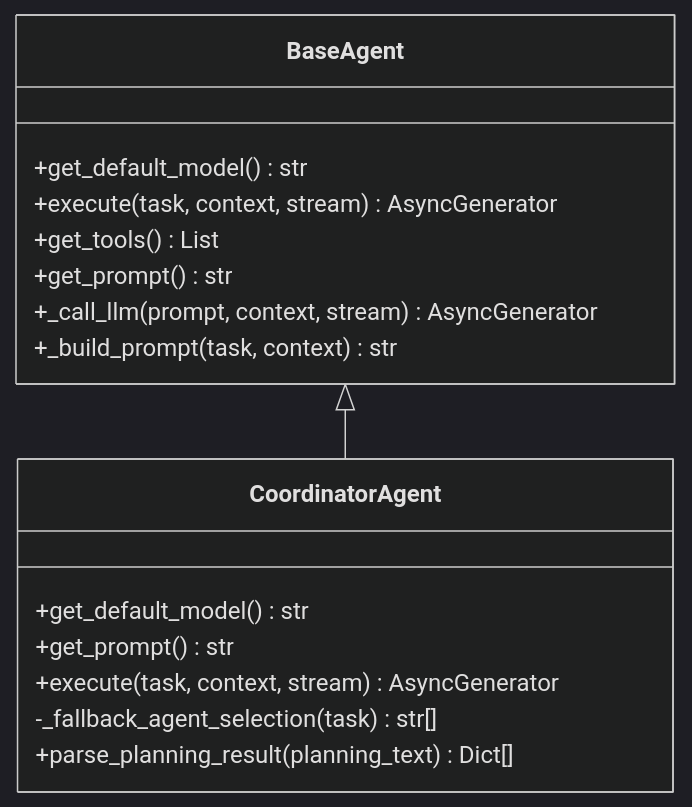
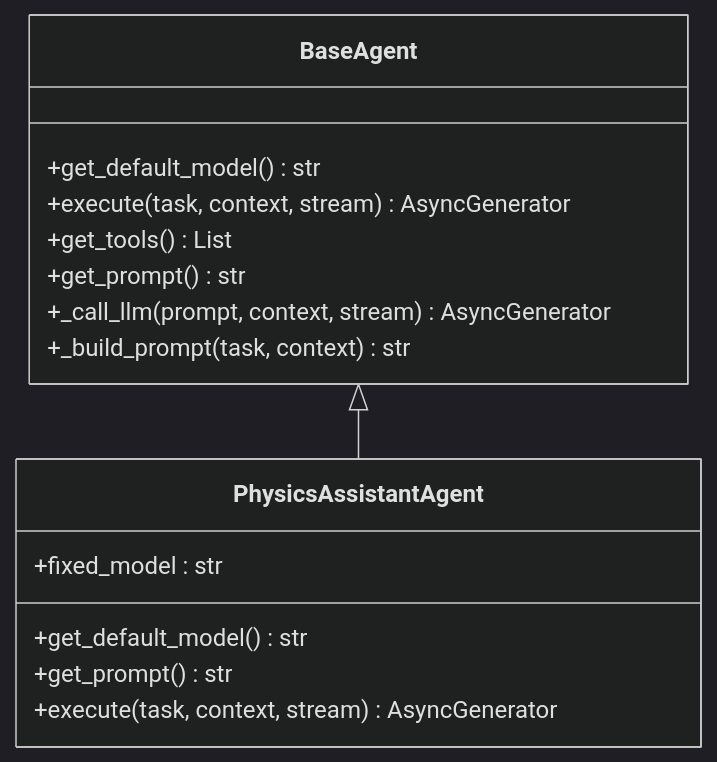
One commit to iammm0/advanced-rag changed the fourth of 7 diagrams in .qoder/repowiki/zh/content/核心功能模块/AI代理系统/代理工作流编排.md. Above: the diagram before and after it, drawn with Mermaid (dark theme). The commit also changed other lines of this file and 12 other files, not shown here.

````diff
--- a/.qoder/repowiki/zh/content/核心功能模块/AI代理系统/代理工作流编排.md
+++ b/.qoder/repowiki/zh/content/核心功能模块/AI代理系统/代理工作流编排.md
@@ -207,19 +180,18 @@
 ```mermaid
 classDiagram
 class BaseAgent {
 +get_default_model() str
 +execute(task, context, stream) AsyncGenerator
 +get_tools() List
 +get_prompt() str
 +_call_llm(prompt, context, stream) AsyncGenerator
 +_build_prompt(task, context) str
 }
-class CoordinatorAgent {
+class PhysicsAssistantAgent {
 +get_default_model() str
 +get_prompt() str
 +execute(task, context, stream) AsyncGenerator
--_fallback_agent_selection(task) str[]
-+parse_planning_result(planning_text) Dict[]
++fixed_model : str
 }
-BaseAgent <|-- CoordinatorAgent
+BaseAgent <|-- PhysicsAssistantAgent
 ```
````
